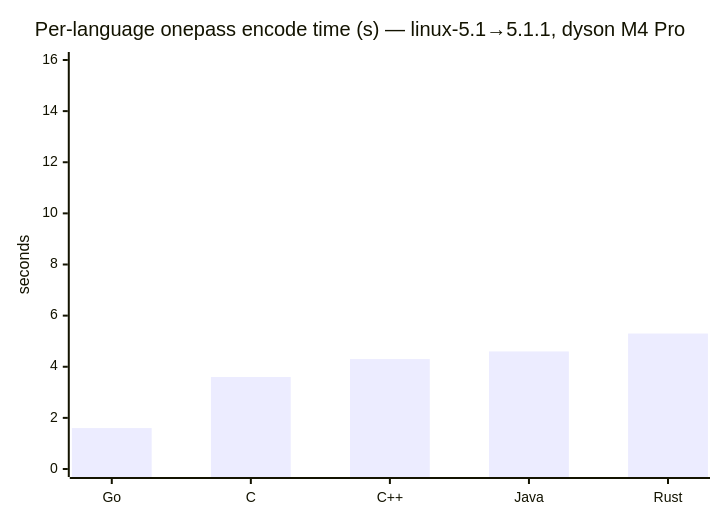
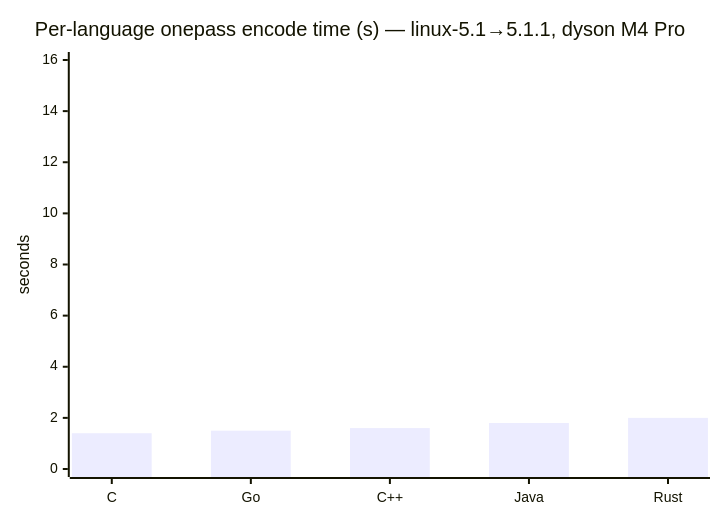
One commit to darrelllong/Delta-Compression changed the first of 10 diagrams in ANALYSIS.md. Above: the diagram before and after it, drawn with Mermaid. The commit also changed other lines of this file and 27 other files, not shown here.

````diff
--- a/ANALYSIS.md
+++ b/ANALYSIS.md
@@ -408,7 +412,7 @@
 ```mermaid
 xychart-beta
     title "Per-language onepass encode time (s) — linux-5.1→5.1.1, dyson M4 Pro"
-    x-axis ["Go", "C", "C++", "Java", "Rust"]
+    x-axis ["C", "Go", "C++", "Java", "Rust"]
     y-axis "seconds" 0 --> 16
-    bar [1.6, 3.6, 4.3, 4.6, 5.3]
+    bar [1.4, 1.5, 1.6, 1.8, 2.0]
 ```
````
